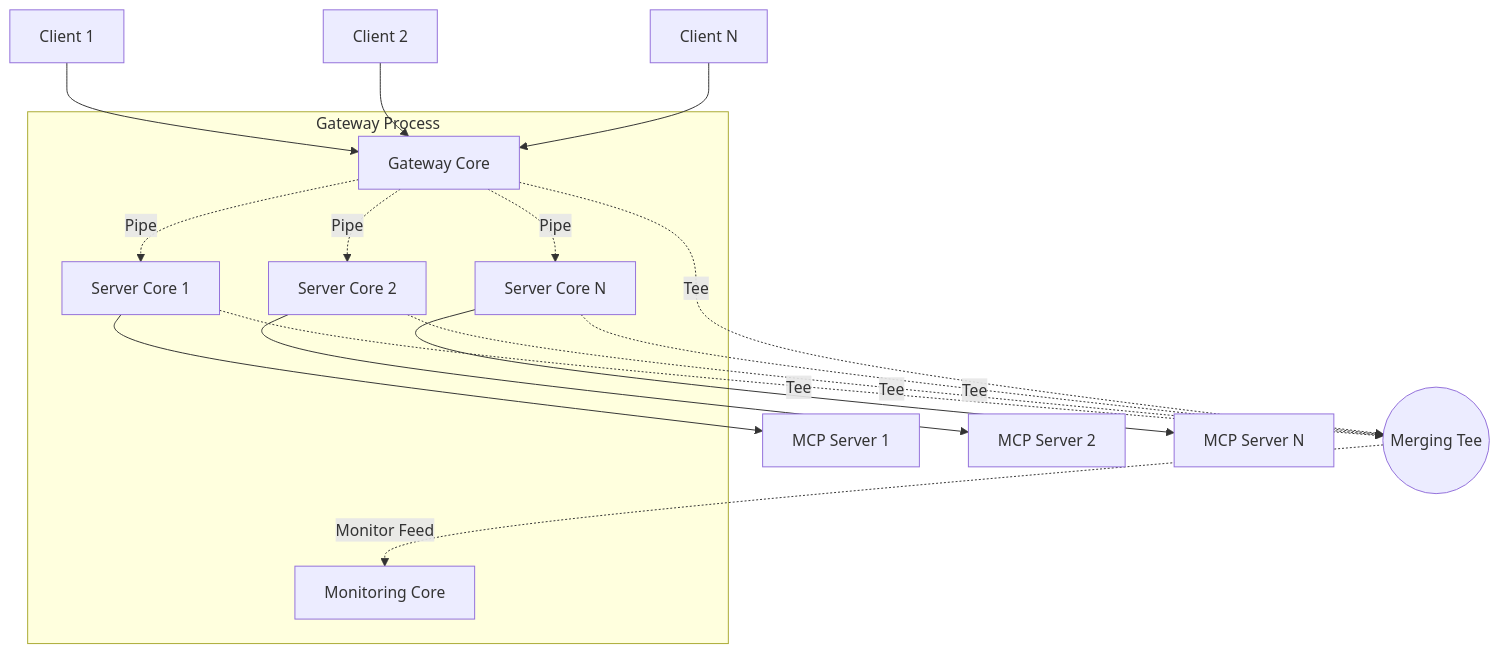
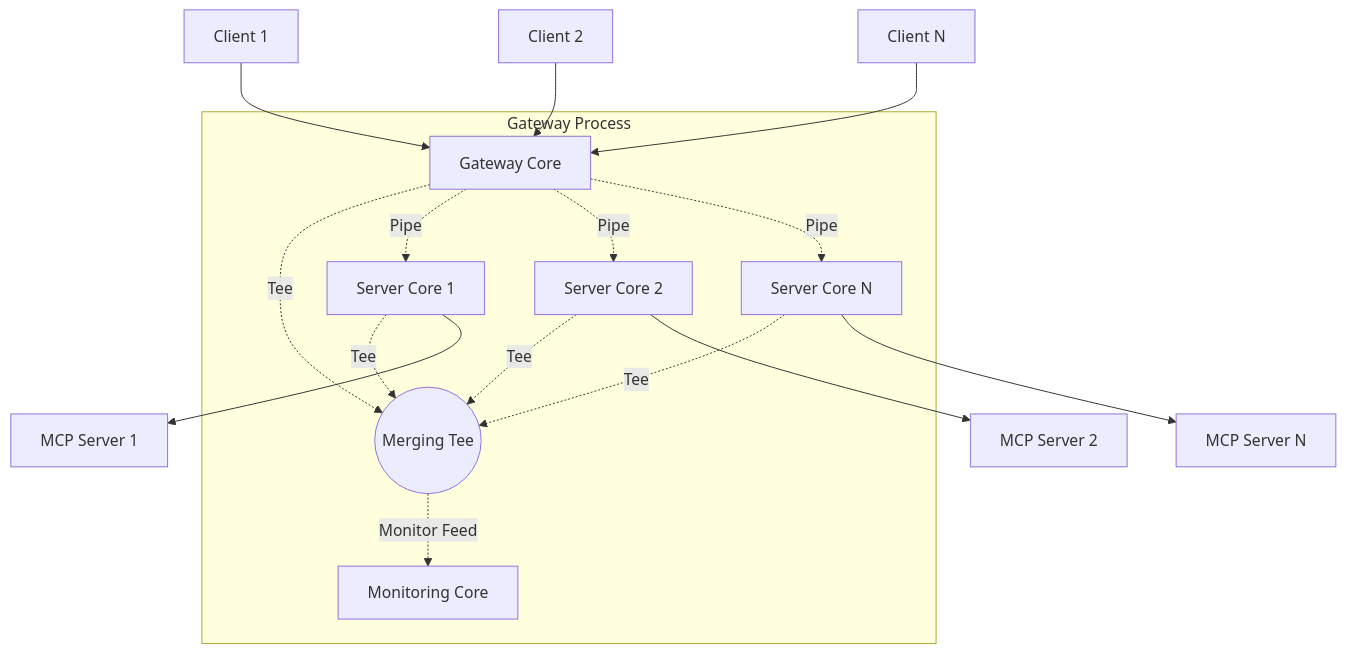
The first of 19 diagrams in docs/spec.md (cliffhall/mcp-multicore), drawn with Mermaid before and after one commit.

Commit message:
Update mermaid diagrams to try and get the plumbing properly rendered

````diff
--- a/docs/spec.md
+++ b/docs/spec.md
@@ -54,29 +54,28 @@
 ```mermaid
 graph TB
     subgraph "Gateway Process"
         GC[Gateway Core]
         SC1[Server Core 1]
         SC2[Server Core 2]
         SCN[Server Core N]
         MC[Monitoring Core]
+            MT((Merging Tee))
+        SC1 -.->|Tee| MT
+        SC2 -.->|Tee| MT
+        SCN -.->|Tee| MT
+        GC  -.->|Tee| MT
+        MT  -.->|Monitor Feed| MC
     end
     
     C1[Client 1] --> GC
     C2[Client 2] --> GC
     C3[Client N] --> GC
     
     GC -.Pipe.-> SC1
     GC -.Pipe.-> SC2
     GC -.Pipe.-> SCN
-    
-    MT((Merging Tee))
-    SC1 -.->|Tee| MT
-    SC2 -.->|Tee| MT
-    SCN -.->|Tee| MT
-    GC  -.->|Tee| MT
-    MT  -.->|Monitor Feed| MC
-    
+        
     SC1 --> S1[MCP Server 1]
     SC2 --> S2[MCP Server 2]
     SCN --> SN[MCP Server N]
 ```
````
